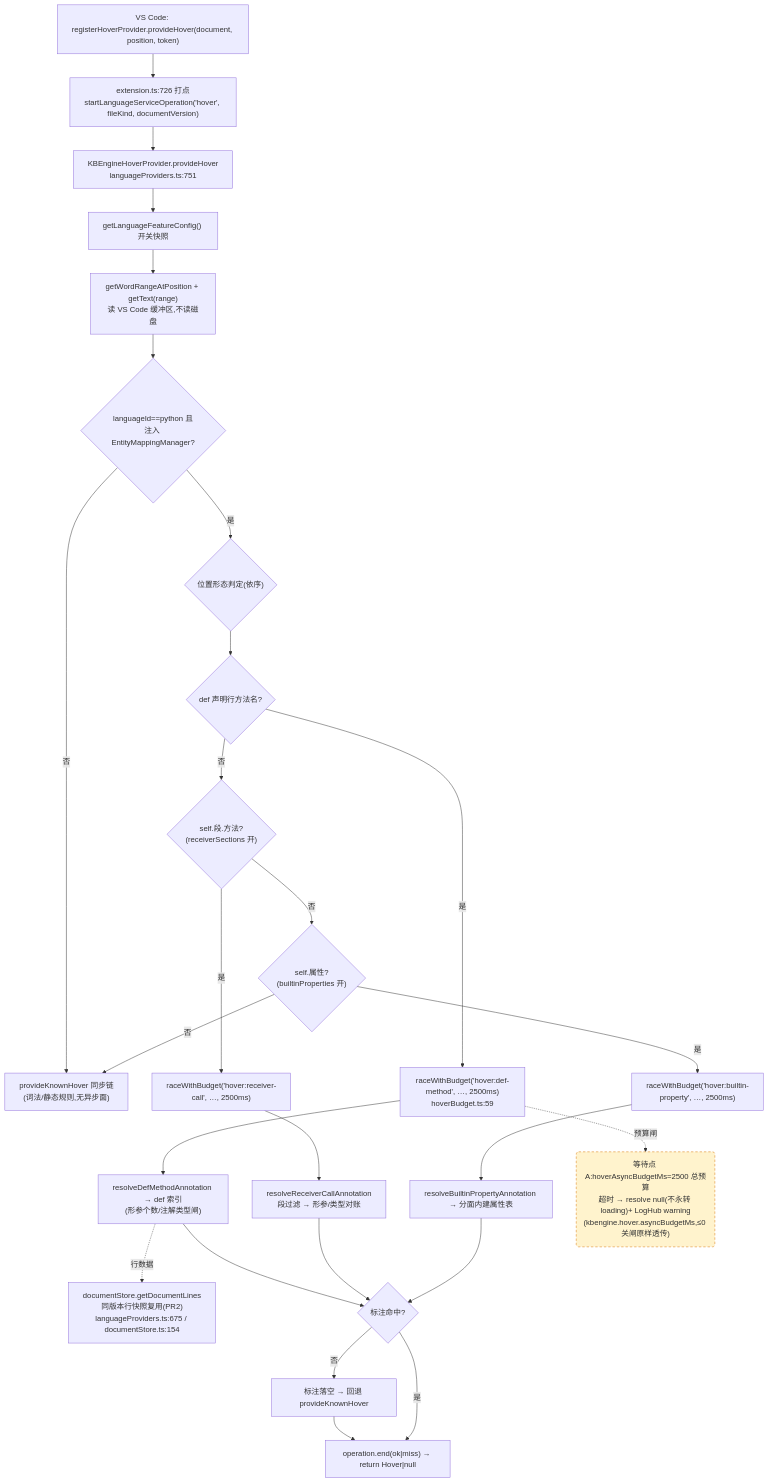
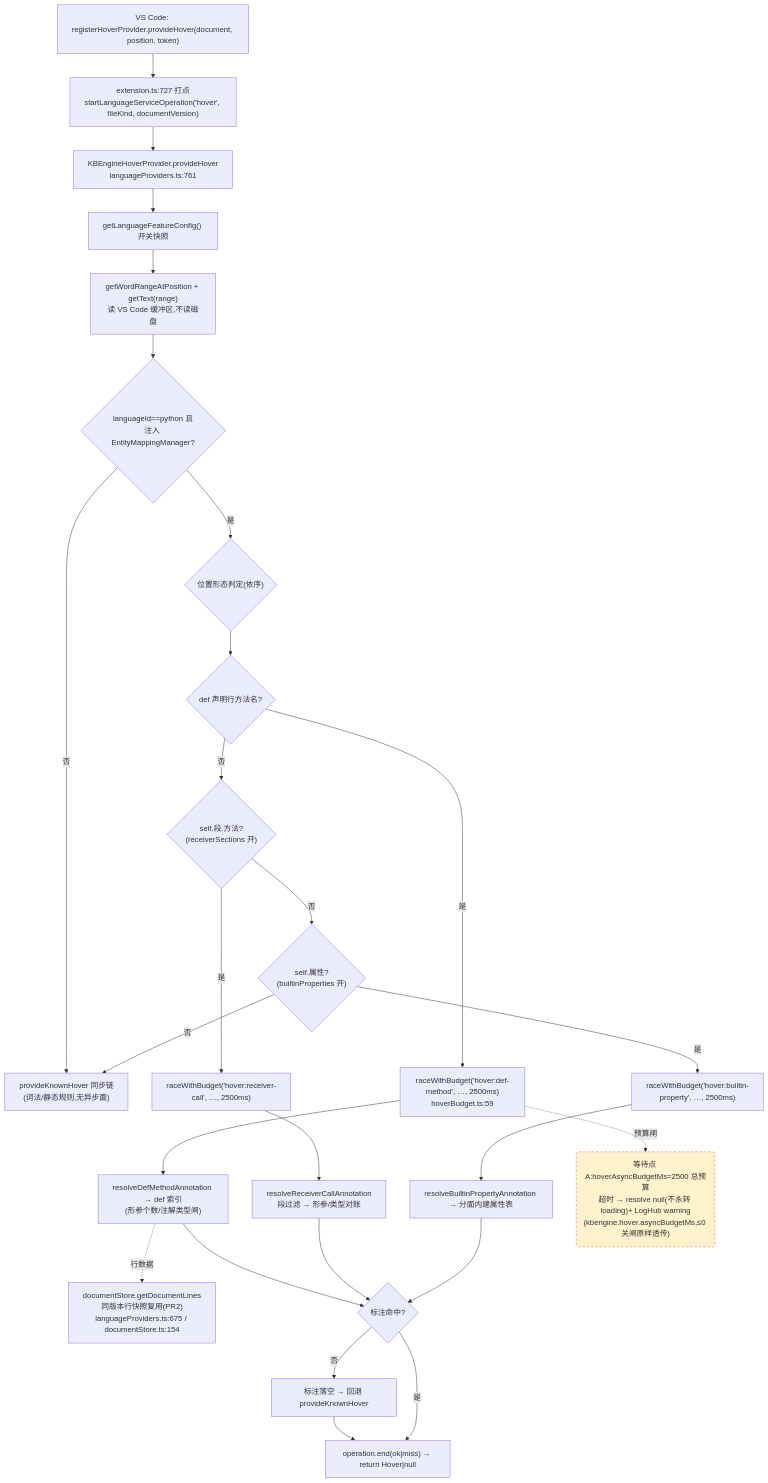
The first of 4 diagrams in docs/perf/2026-baseline.md (cuihairu/kode), drawn with Mermaid before and after one commit. The commit also changed other lines of this file and 14 other files, not shown here.

````diff
--- a/docs/perf/2026-baseline.md
+++ b/docs/perf/2026-baseline.md
@@ -82,45 +82,45 @@
 ```mermaid
 flowchart TD
   VC1["VS Code: registerHoverProvider.provideHover(document, position, token)"]
-  M1["extension.ts:726 打点<br/>startLanguageServiceOperation('hover', fileKind, documentVersion)"]
-  HP["KBEngineHoverProvider.provideHover<br/>languageProviders.ts:751"]
+  M1["extension.ts:727 打点<br/>startLanguageServiceOperation('hover', fileKind, documentVersion)"]
+  HP["KBEngineHoverProvider.provideHover<br/>languageProviders.ts:761"]
   CFG["getLanguageFeatureConfig() 开关快照"]
   WORD["getWordRangeAtPosition + getText(range)<br/>读 VS Code 缓冲区,不读磁盘"]
   BR{"languageId==python 且<br/>注入 EntityMappingManager?"}
   KN["provideKnownHover 同步链<br/>(词法/静态规则,无异步面)"]
   POS{"位置形态判定(依序)"}
   D1{"def 声明行方法名?"}
   D2{"self.段.方法?<br/>(receiverSections 开)"}
   D3{"self.属性?<br/>(builtinProperties 开)"}
   RA1["raceWithBudget('hover:def-method', …, 2500ms)<br/>hoverBudget.ts:59"]
   RA2["raceWithBudget('hover:receiver-call', …, 2500ms)"]
   RA3["raceWithBudget('hover:builtin-property', …, 2500ms)"]
   RS1["resolveDefMethodAnnotation → def 索引<br/>(形参个数/注解类型闸)"]
   RS2["resolveReceiverCallAnnotation<br/>段过滤 → 形参/类型对账"]
   RS3["resolveBuiltinPropertyAnnotation → 分面内建属性表"]
   LINES["documentStore.getDocumentLines<br/>同版本行快照复用(PR2)<br/>languageProviders.ts:675 / documentStore.ts:154"]
   MISS["标注落空 → 回退 provideKnownHover"]
   END1["operation.end(ok|miss) → return Hover|null"]
 
   VC1 --> M1 --> HP --> CFG --> WORD --> BR
   BR -- "否" --> KN
   BR -- "是" --> POS --> D1
   D1 -- "是" --> RA1 --> RS1
   D1 -- "否" --> D2
   D2 -- "是" --> RA2 --> RS2
   D2 -- "否" --> D3
   D3 -- "是" --> RA3 --> RS3
   D3 -- "否" --> KN
   RS1 --> HIT{"标注命中?"}
   RS2 --> HIT
   RS3 --> HIT
   RS1 -.->|行数据| LINES
   HIT -- "否" --> MISS --> END1
   HIT -- "是" --> END1
 
   WAITA("等待点 A:hoverAsyncBudgetMs=2500 总预算<br/>超时 → resolve null(不永转 loading)+ LogHub warning<br/>(kbengine.hover.asyncBudgetMs,≤0 关闸原样透传)")
   RA1 -.->|预算闸| WAITA
 
   classDef waitPoint fill:#fff3cd,stroke:#d97706,stroke-dasharray:5 4;
   class WAITA waitPoint;
 ```
````
